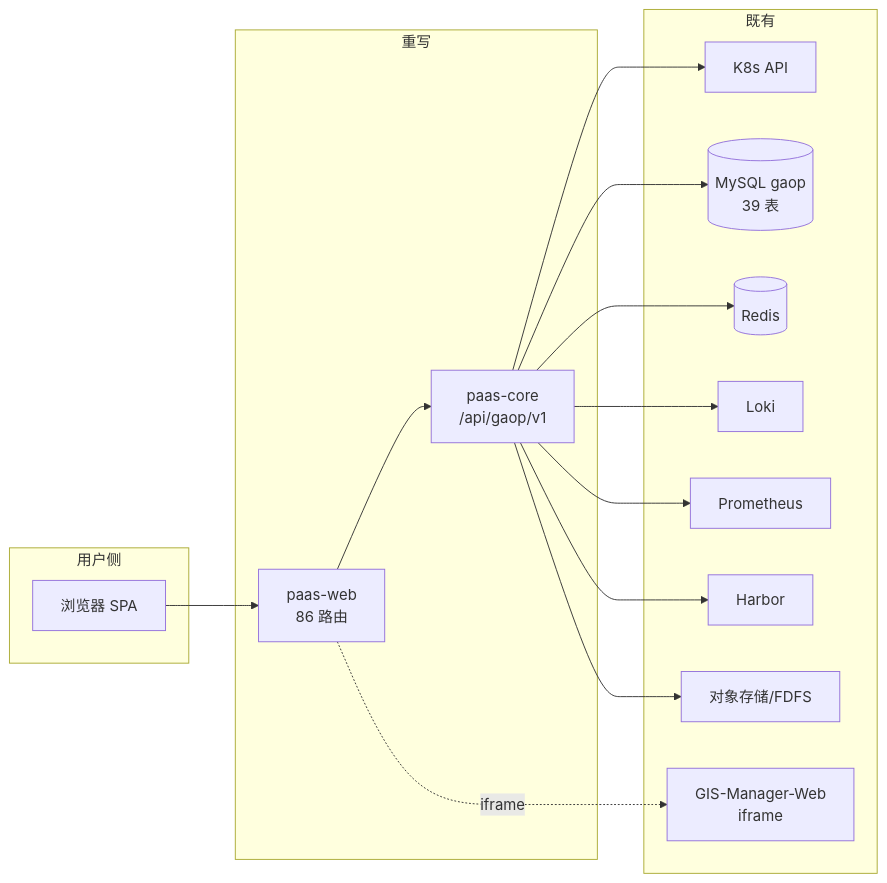
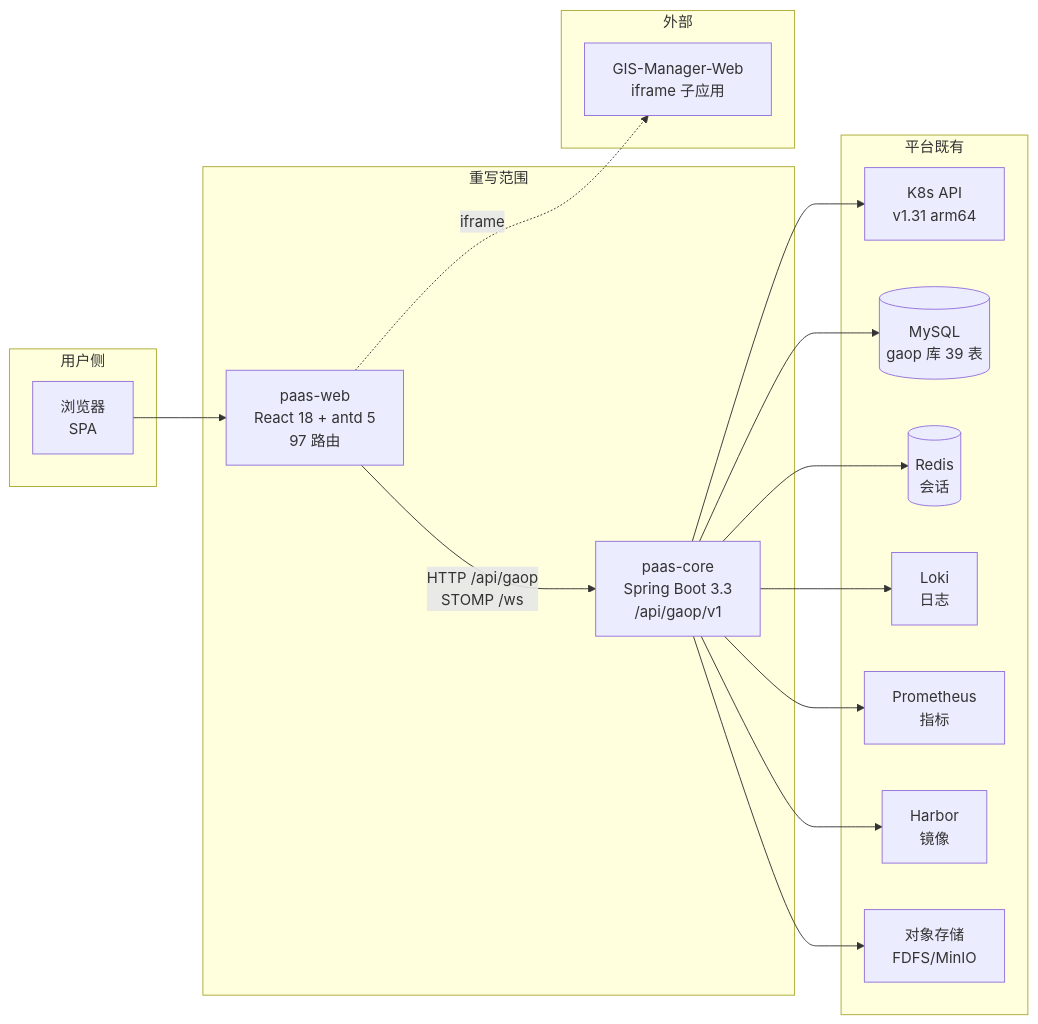
Before and after one commit to csm0617/paas-mosp-backend: the third of 28 diagrams in docs/requirements/rewrite-requirements.md, drawn with Mermaid. The commit also changed other lines of this file, not shown here.

First line of the commit message:
docs(requirements): 需求规格改版为 v2.0，补齐背景、原理、示例与 28 张图

````diff
--- a/docs/requirements/rewrite-requirements.md
+++ b/docs/requirements/rewrite-requirements.md
@@ -222,29 +289,32 @@
 ```mermaid
 flowchart LR
   subgraph 用户侧
-    A[浏览器 SPA]
+    U["浏览器<br/>SPA"]
   end
-  subgraph 重写
-    W[paas-web<br/>86 路由]
-    C[paas-core<br/>/api/gaop/v1]
+  subgraph 重写范围
+    W["paas-web<br/>React 18 + antd 5<br/>97 路由"]
+    C["paas-core<br/>Spring Boot 3.3<br/>/api/gaop/v1"]
   end
-  subgraph 既有
-    K[K8s API]
-    M[(MySQL gaop<br/>39 表)]
-    R[(Redis)]
-    L[Loki]
-    P[Prometheus]
-    H[Harbor]
-    S[对象存储/FDFS]
-    G[GIS-Manager-Web<br/>iframe]
+  subgraph 平台既有
+    K["K8s API<br/>v1.31 arm64"]
+    M[("MySQL<br/>gaop 库 39 表")]
+    R[("Redis<br/>会话")]
+    L["Loki<br/>日志"]
+    P["Prometheus<br/>指标"]
+    H["Harbor<br/>镜像"]
+    F["对象存储<br/>FDFS/MinIO"]
   end
-  A --> W --> C
+  subgraph 外部
+    G["GIS-Manager-Web<br/>iframe 子应用"]
+  end
+  U --> W
+  W -->|"HTTP /api/gaop<br/>STOMP /ws"| C
   C --> K
   C --> M
   C --> R
   C --> L
   C --> P
   C --> H
-  C --> S
-  W -. iframe .-> G
+  C --> F
+  W -.->|"iframe"| G
 ```
````
